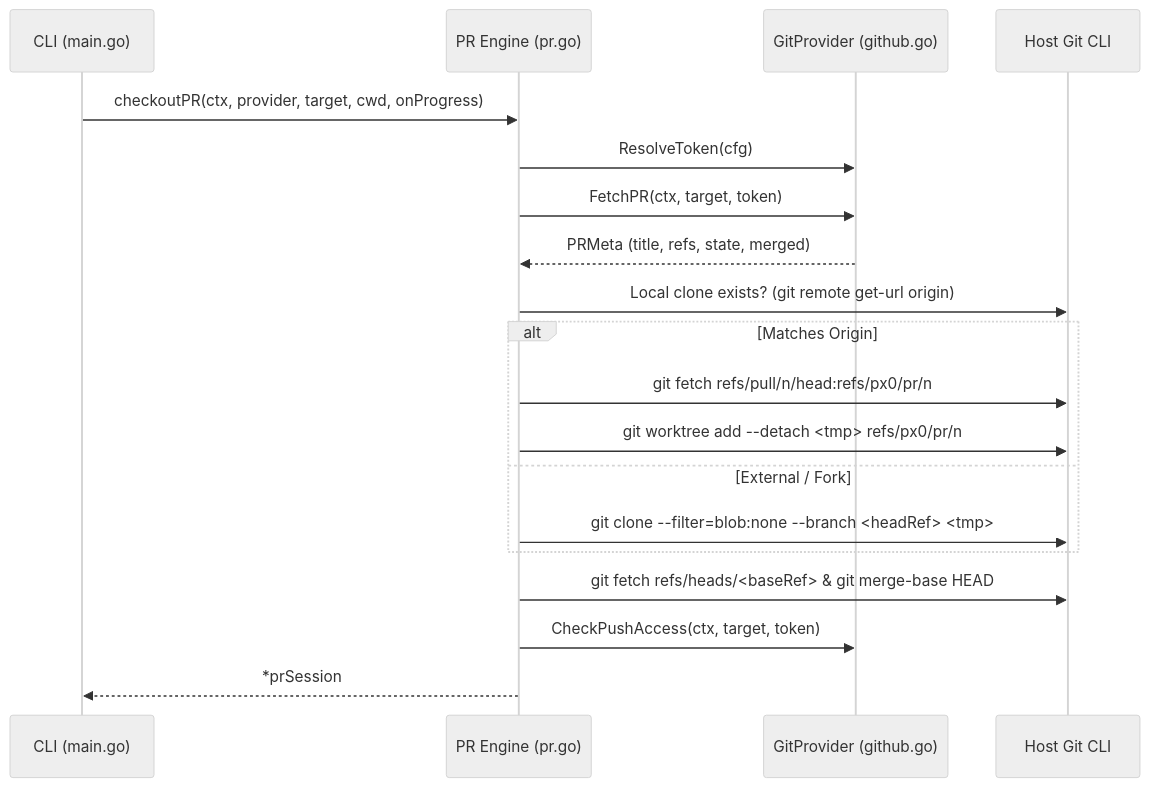
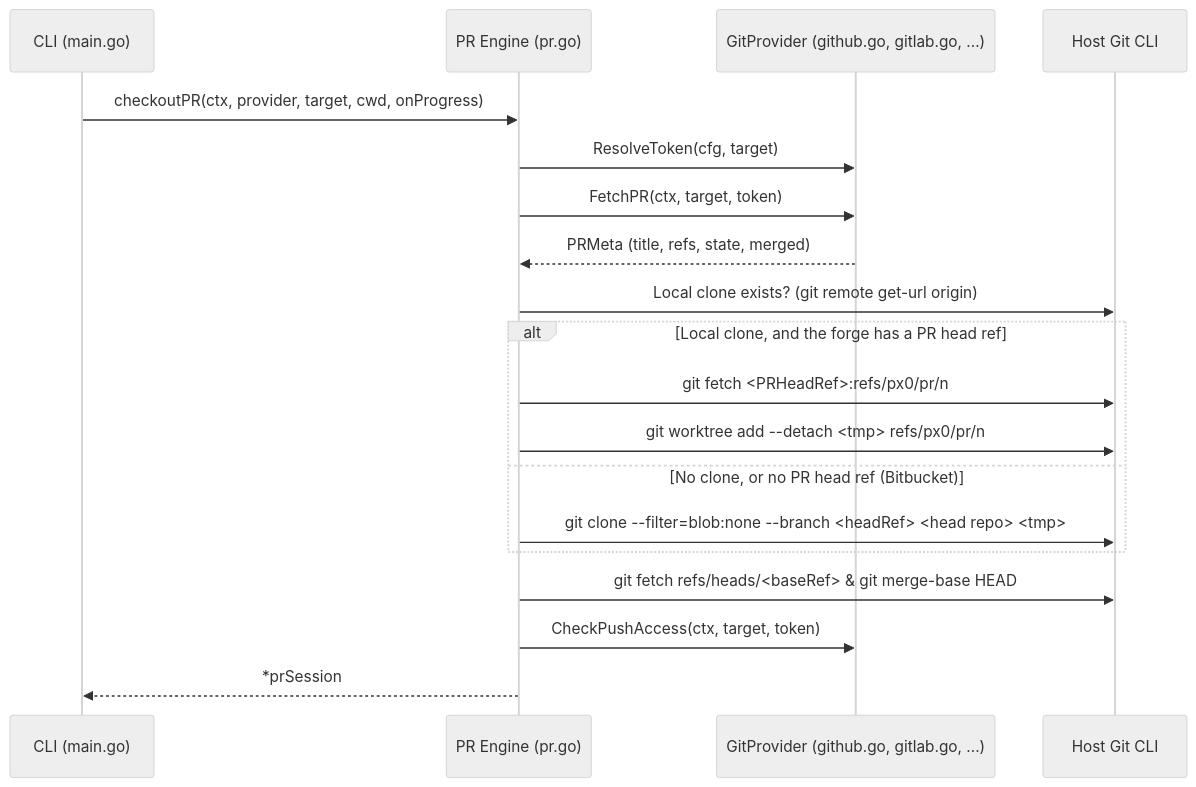
Before and after one commit to Achal-Aggarwal/px0: the diagram in docs/internals/github-pr-review.md, drawn with Mermaid (neutral theme). The commit also changed other lines of this file and 24 other files, not shown here.

First line of the commit message:
Add forge onboarding flow and PR review documentation

````diff
--- a/docs/internals/github-pr-review.md
+++ b/docs/internals/github-pr-review.md
@@ -89,22 +96,22 @@
 ```mermaid
 sequenceDiagram
     participant CLI as CLI (main.go)
     participant PR as PR Engine (pr.go)
-    participant Prov as GitProvider (github.go)
+    participant Prov as GitProvider (github.go, gitlab.go, ...)
     participant Git as Host Git CLI
 
     CLI->>PR: checkoutPR(ctx, provider, target, cwd, onProgress)
-    PR->>Prov: ResolveToken(cfg)
+    PR->>Prov: ResolveToken(cfg, target)
     PR->>Prov: FetchPR(ctx, target, token)
     Prov-->>PR: PRMeta (title, refs, state, merged)
     PR->>Git: Local clone exists? (git remote get-url origin)
-    alt Matches Origin
-        PR->>Git: git fetch refs/pull/n/head:refs/px0/pr/n
+    alt Local clone, and the forge has a PR head ref
+        PR->>Git: git fetch <PRHeadRef>:refs/px0/pr/n
         PR->>Git: git worktree add --detach <tmp> refs/px0/pr/n
-    else External / Fork
-        PR->>Git: git clone --filter=blob:none --branch <headRef> <tmp>
+    else No clone, or no PR head ref (Bitbucket)
+        PR->>Git: git clone --filter=blob:none --branch <headRef> <head repo> <tmp>
     end
     PR->>Git: git fetch refs/heads/<baseRef> & git merge-base HEAD
     PR->>Prov: CheckPushAccess(ctx, target, token)
     PR-->>CLI: *prSession
 ```
````
